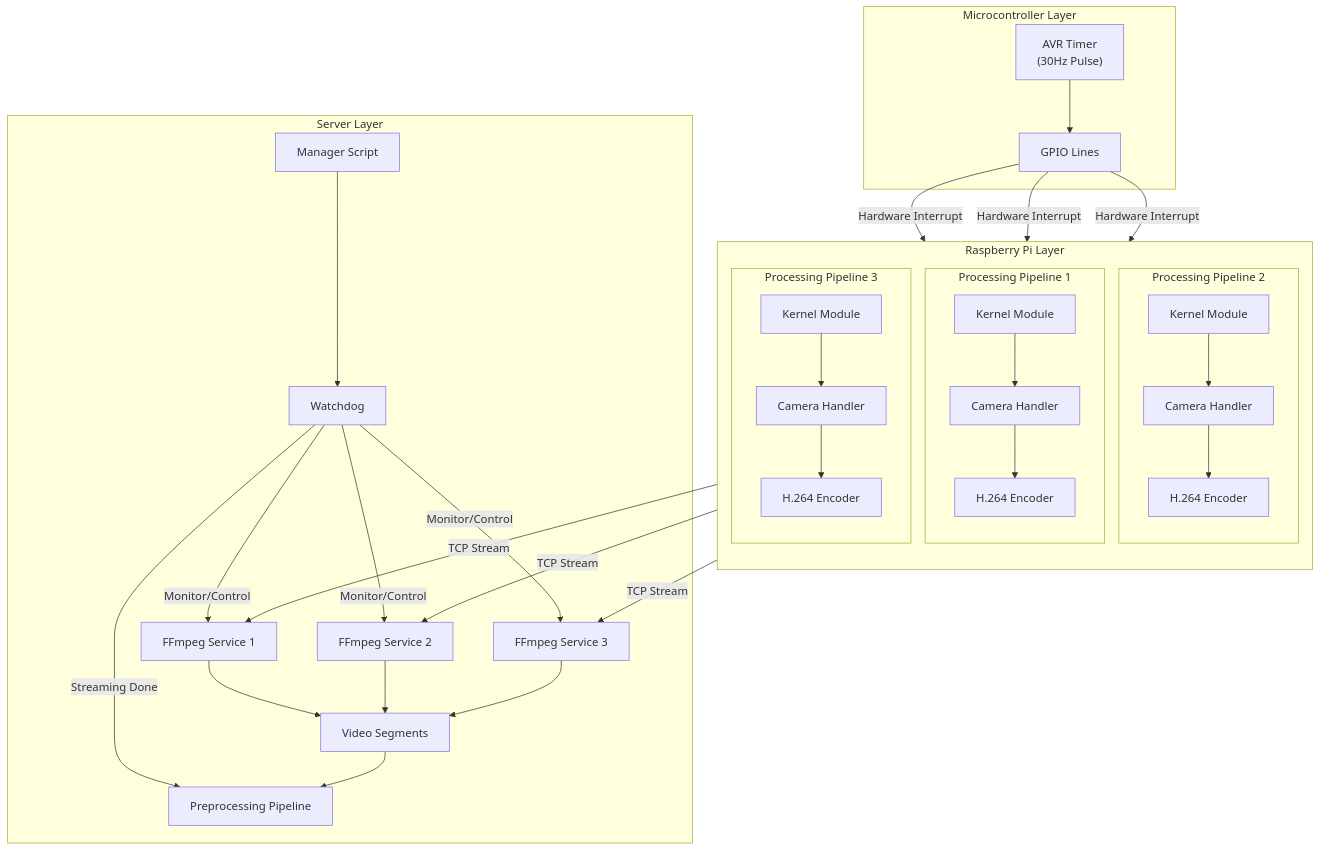
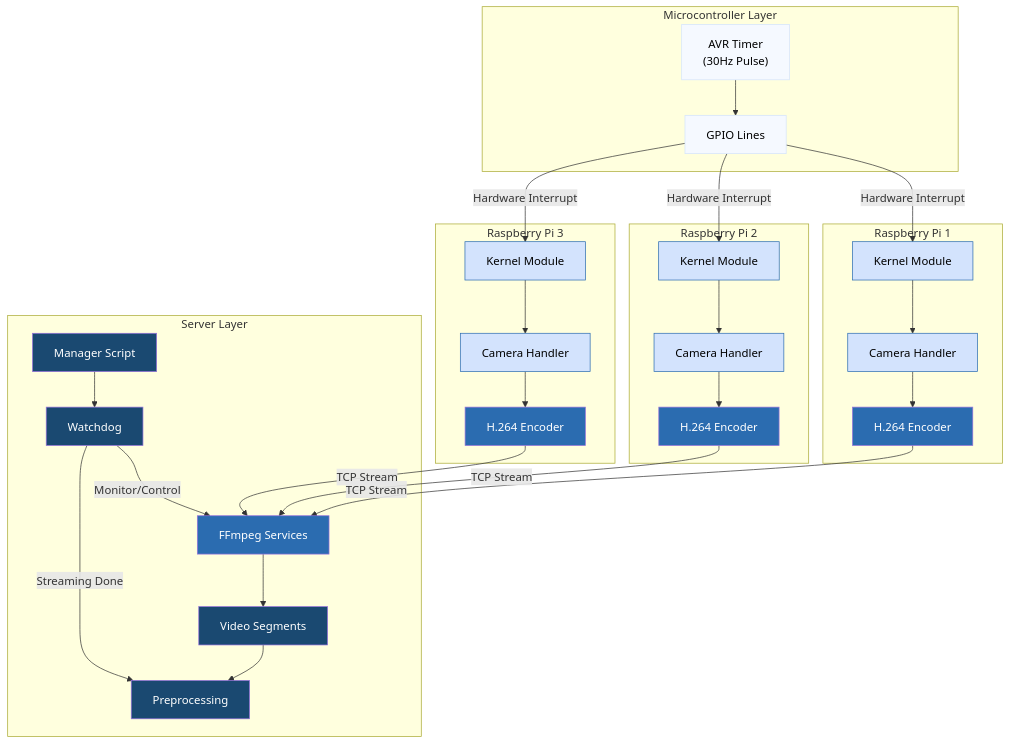
One commit to AlecFessler/mocap-toolkit changed the diagram in README.md. Above: the diagram before and after it, drawn with Mermaid.

Commit message:
modified architecture chart in readme

````diff
--- a/README.md
+++ b/README.md
@@ -7,63 +7,42 @@
 ```mermaid
-flowchart TB
+flowchart TD
+    classDef lightClass fill:#f5f9ff,color:black,stroke:#d3e3fd
+    classDef medClass fill:#d3e3fd,color:black,stroke:#2b6cb0
+    classDef darkClass fill:#2b6cb0,color:white
+    classDef serverClass fill:#1a4971,color:white
+
     subgraph MCU["Microcontroller Layer"]
         AVR["AVR Timer\n(30Hz Pulse)"]
         GPIO["GPIO Lines"]
         AVR --> GPIO
     end
 
-    subgraph RPi["Raspberry Pi Layer"]
-        direction TB
-        subgraph Processing1["Processing Pipeline 1"]
-            KM1["Kernel Module"]
-            Cap1["Camera Handler"]
-            Enc1["H.264 Encoder"]
-            KM1 --> Cap1
-            Cap1 --> Enc1
-        end
+    GPIO --> |"Hardware Interrupt"| KM1 & KM2 & KM3
 
-        subgraph Processing2["Processing Pipeline 2"]
-            KM2["Kernel Module"]
-            Cap2["Camera Handler"]
-            Enc2["H.264 Encoder"]
-            KM2 --> Cap2
-            Cap2 --> Enc2
-        end
-
-        subgraph Processing3["Processing Pipeline 3"]
-            KM3["Kernel Module"]
-            Cap3["Camera Handler"]
-            Enc3["H.264 Encoder"]
-            KM3 --> Cap3
-            Cap3 --> Enc3
-        end
+    subgraph RPi1["Raspberry Pi 1"]
+        KM1["Kernel Module"] --> Cap1["Camera Handler"] --> Enc1["H.264 Encoder"]
     end
 
+    subgraph RPi2["Raspberry Pi 2"]
+        KM2["Kernel Module"] --> Cap2["Camera Handler"] --> Enc2["H.264 Encoder"]
+    end
+
+    subgraph RPi3["Raspberry Pi 3"]
+        KM3["Kernel Module"] --> Cap3["Camera Handler"] --> Enc3["H.264 Encoder"]
+    end
+
+    Enc1 & Enc2 & Enc3 --> |"TCP Stream"| FF
+
     subgraph Server["Server Layer"]
-        FF1["FFmpeg Service 1"]
-        FF2["FFmpeg Service 2"]
-        FF3["FFmpeg Service 3"]
-        Segments["Video Segments"]
-        Mgr["Manager Script"]
-        WD["Watchdog"]
-        Pre["Preprocessing Pipeline"]
-
-        Mgr --> WD
-        WD --> |"Monitor/Control"| FF1
-        WD --> |"Monitor/Control"| FF2
-        WD --> |"Monitor/Control"| FF3
-        FF1 --> Segments
-        FF2 --> Segments
-        FF3 --> Segments
-        WD --> |"Streaming Done"| Pre
+        FF["FFmpeg Services"] --> Segments["Video Segments"]
+        Mgr["Manager Script"] --> WD["Watchdog"]
+        WD --> |"Monitor/Control"| FF
+        WD --> |"Streaming Done"| Pre["Preprocessing"]
         Segments --> Pre
     end
 
-    GPIO --> |"Hardware Interrupt"| KM1
-    GPIO --> |"Hardware Interrupt"| KM2
-    GPIO --> |"Hardware Interrupt"| KM3
-
-    Enc1 --> |"TCP Stream"| FF1
-    Enc2 --> |"TCP Stream"| FF2
-    Enc3 --> |"TCP Stream"| FF3
+    class AVR,GPIO lightClass
+    class KM1,KM2,KM3,Cap1,Cap2,Cap3 medClass
+    class Enc1,Enc2,Enc3,FF darkClass
+    class Mgr,WD,Pre,Segments serverClass
 ```
````
